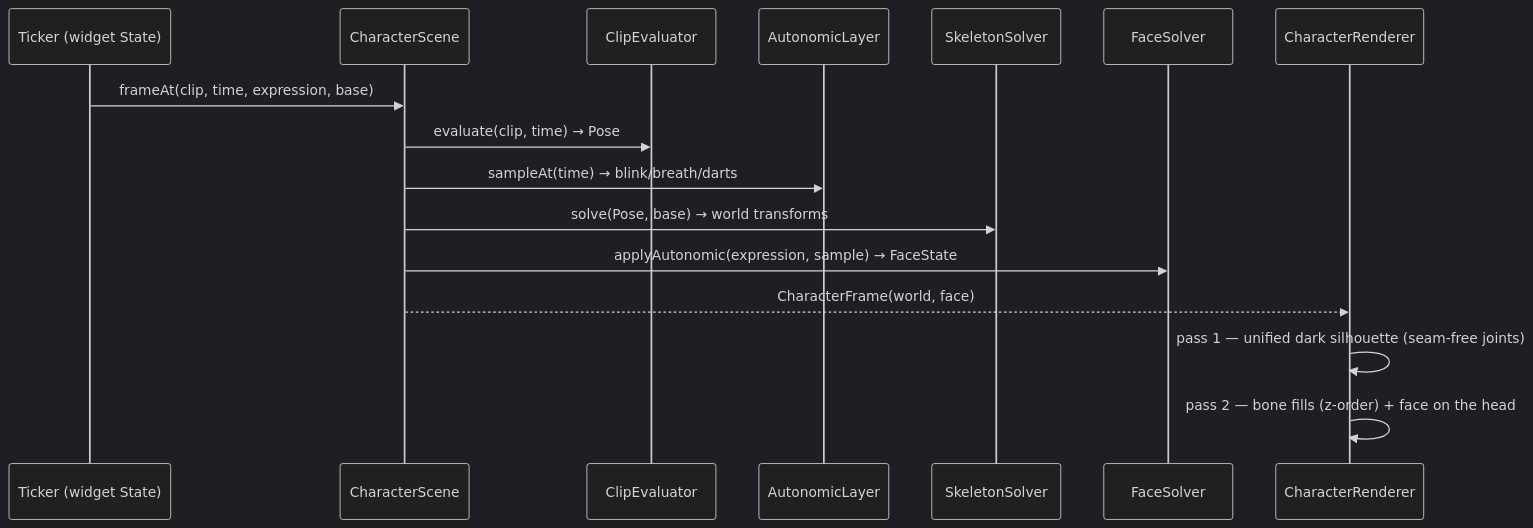
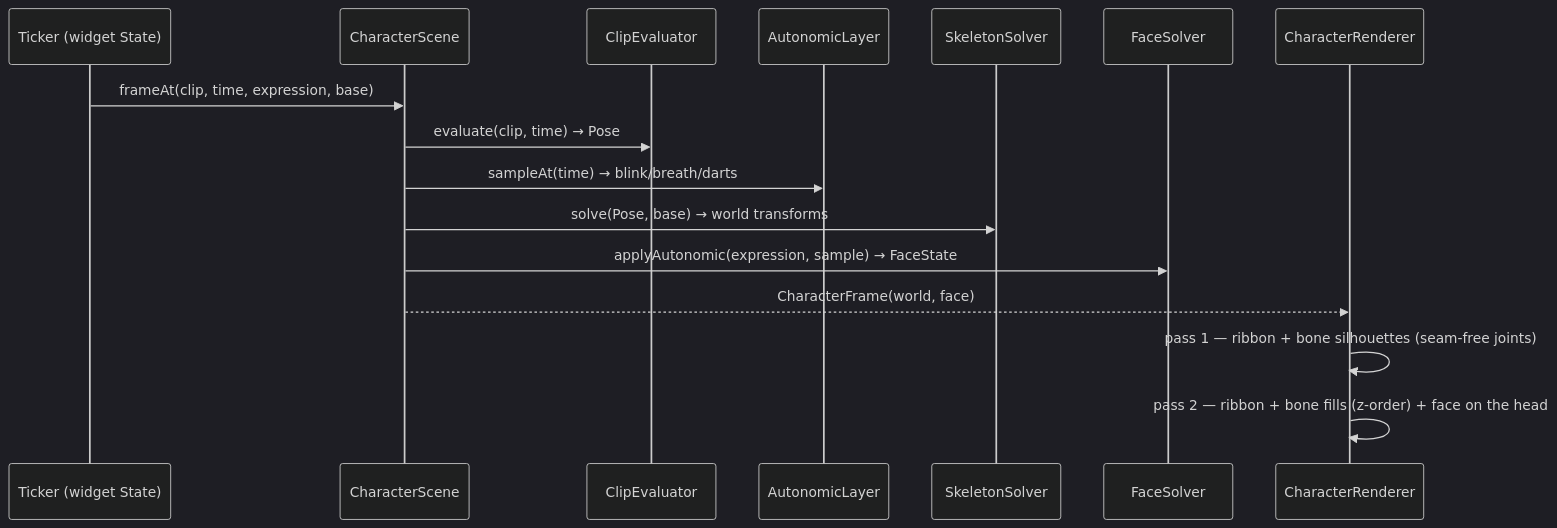
The second of 3 diagrams in lib/features/character/README.md (matthiasn/lotti), drawn with Mermaid (dark theme) before and after one commit. The commit also changed other lines of this file and 15 other files, not shown here.

````diff
--- a/lib/features/character/README.md
+++ b/lib/features/character/README.md
@@ -81,18 +86,18 @@
 ```mermaid
 sequenceDiagram
   participant T as Ticker (widget State)
   participant SC as CharacterScene
   participant CE as ClipEvaluator
   participant AU as AutonomicLayer
   participant SS as SkeletonSolver
   participant FS as FaceSolver
   participant RN as CharacterRenderer
   T->>SC: frameAt(clip, time, expression, base)
   SC->>CE: evaluate(clip, time) → Pose
   SC->>AU: sampleAt(time) → blink/breath/darts
   SC->>SS: solve(Pose, base) → world transforms
   SC->>FS: applyAutonomic(expression, sample) → FaceState
   SC-->>RN: CharacterFrame(world, face)
-  RN->>RN: pass 1 — unified dark silhouette (seam-free joints)
-  RN->>RN: pass 2 — bone fills (z-order) + face on the head
+  RN->>RN: pass 1 — ribbon + bone silhouettes (seam-free joints)
+  RN->>RN: pass 2 — ribbon + bone fills (z-order) + face on the head
 ```
````
